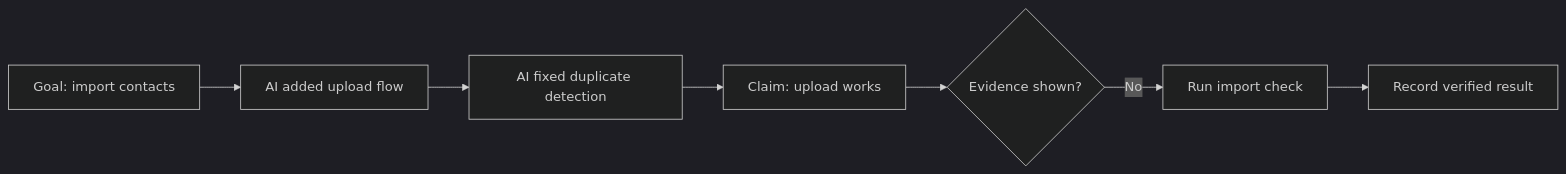
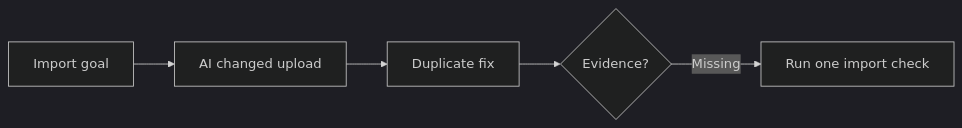
Before and after one commit to happiness9527/vibebrief-skill: the diagram in vibebrief/examples/visual-summary-example.md, drawn with Mermaid (dark theme). The commit also changed other lines of this file and 20 other files, not shown here.

````diff
--- a/vibebrief/examples/visual-summary-example.md
+++ b/vibebrief/examples/visual-summary-example.md
@@ -14,9 +14,7 @@
 ```mermaid
 flowchart LR
-    A[Goal: import contacts] --> B[AI added upload flow]
-    B --> C[AI fixed duplicate detection]
-    C --> D[Claim: upload works]
-    D --> E{Evidence shown?}
-    E -->|No| F[Run import check]
-    F --> G[Record verified result]
+    A[Import goal] --> B[AI changed upload]
+    B --> C[Duplicate fix]
+    C --> D{Evidence?}
+    D -->|Missing| E[Run one import check]
 ```
````
